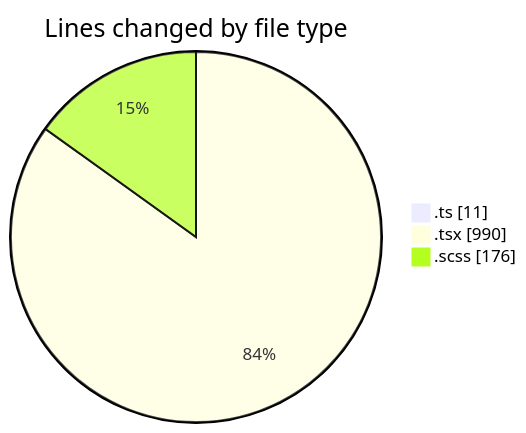
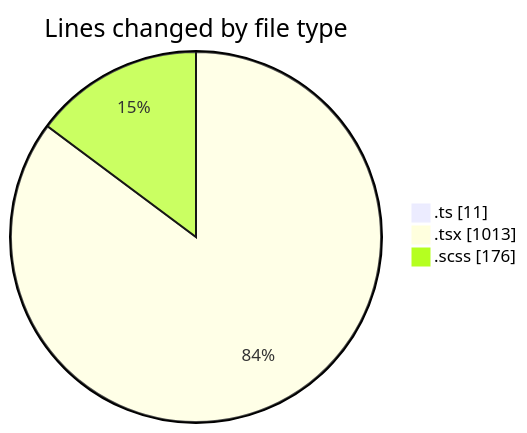
One commit to momahboobian/code-tracking changed the first of 2 diagrams in 2025-03-21/cda/README.md. Above: the diagram before and after it, drawn with Mermaid. The commit also changed other lines of this file and 1 other file, not shown here.

````diff
--- a/2025-03-21/cda/README.md
+++ b/2025-03-21/cda/README.md
@@ -28,7 +28,7 @@
 ```mermaid
 pie showData
 title Lines changed by file type
 ".ts" : 11
-".tsx" : 990
+".tsx" : 1013
 ".scss" : 176
 ```
````
